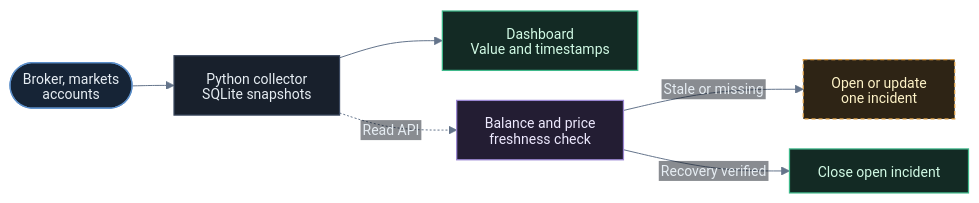
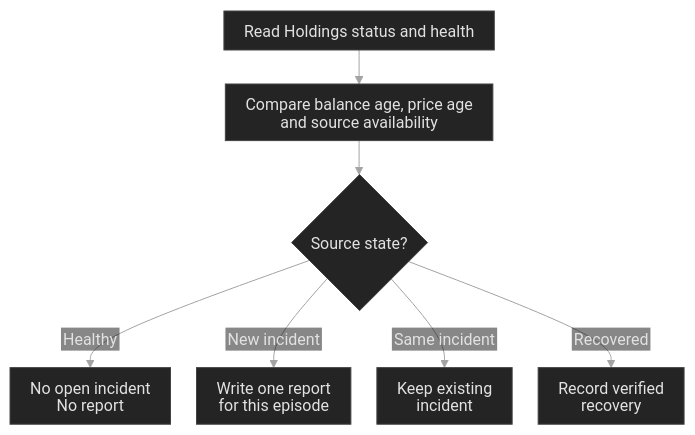
The diagram in diagrams/holdings.mmd (kazuall/finance-process-portfolio), drawn with Mermaid before and after one commit. The commit also changed 20 other files, not shown here.

```diff
--- a/diagrams/holdings.mmd
+++ b/diagrams/holdings.mmd
@@ -1,36 +1,35 @@
 ---
 config:
   theme: base
   htmlLabels: false
   themeVariables:
     darkMode: true
-    background: transparent
+    background: '#101010'
     fontFamily: 'Inter, -apple-system, BlinkMacSystemFont, Segoe UI, sans-serif'
-    fontSize: '14px'
-    primaryTextColor: '#e6edf3'
-    lineColor: '#64748b'
-    textColor: '#e6edf3'
-    edgeLabelBackground: '#141a24'
-    clusterBkg: '#141a24'
-    clusterBorder: '#303d52'
+    fontSize: '16px'
+    primaryColor: '#242424'
+    primaryTextColor: '#e2e2e2'
+    primaryBorderColor: '#434343'
+    lineColor: '#a3a3a3'
+    edgeLabelBackground: '#101010'
+    textColor: '#cdcdcd'
   flowchart:
     htmlLabels: false
     useMaxWidth: false
-    nodeSpacing: 30
-    rankSpacing: 42
-    padding: 14
-    diagramPadding: 10
+    nodeSpacing: 26
+    rankSpacing: 34
+    wrappingWidth: 270
+    padding: 10
+    diagramPadding: 5
     curve: basis
-  themeCSS: 'text{font-family: Inter, "Segoe UI", Arial, sans-serif;}.node rect.label-container{rx:8px;ry:8px}.cluster rect{rx:8px;ry:8px}.edgeLabel .labelBkg{fill:#141a24 !important}.edgeLabel text{fill:#c5d2e4 !important}.cluster-label text{fill:#c5d2e4 !important;font-weight:600}'
+  themeCSS: 'text,tspan{font-family:system-ui,sans-serif!important}.node rect.label-container{rx:3px;ry:3px}.node rect,.node polygon,.flowchart-link{stroke-width:1px!important}.edgeLabel .labelBkg{fill:#101010!important;opacity:1!important}.edgeLabel text{fill:#c4c4c4!important}'
 ---
-flowchart LR
-  feeds(["Broker, markets<br/>accounts"]):::source --> collect["Python collector<br/>SQLite snapshots"]:::process
-  collect --> dash["Dashboard<br/>Value and timestamps"]:::output
-  collect -. Read API .-> fresh["Balance and price<br/>freshness check"]:::check
-  fresh -->|Stale or missing| inspect["Open or update<br/>one incident"]:::human
-  fresh -->|Recovery verified| close["Close open incident"]:::output
-  classDef source fill:#162436,stroke:#5b8ec9,color:#e6edf3,stroke-width:1.25px
-  classDef process fill:#18202c,stroke:#3b4960,color:#e6edf3,stroke-width:1.25px
-  classDef check fill:#231d33,stroke:#9b87d4,color:#ede9fe,stroke-width:1.25px
-  classDef human fill:#2e2415,stroke:#d99b43,color:#fef3c7,stroke-width:1.25px,stroke-dasharray:4 3
-  classDef output fill:#132a24,stroke:#3fb98b,color:#d1fae5,stroke-width:1.25px
+flowchart TB
+  accTitle: Holdings freshness pilot
+  accDescr: A manual check reads Holdings status and source timestamps. A new incident produces one local report. Repeat observations are deduplicated. A healthy reading closes an open incident or leaves the log untouched.
+  api["Read Holdings status and health"] --> times["Compare balance age, price age<br/>and source availability"]
+  times --> state{"Source state?"}
+  state -->|Healthy| ok["No open incident<br/>No report"]
+  state -->|New incident| log["Write one report<br/>for this episode"]
+  state -->|Same incident| same["Keep existing<br/>incident"]
+  state -->|Recovered| close["Record verified<br/>recovery"]
```
